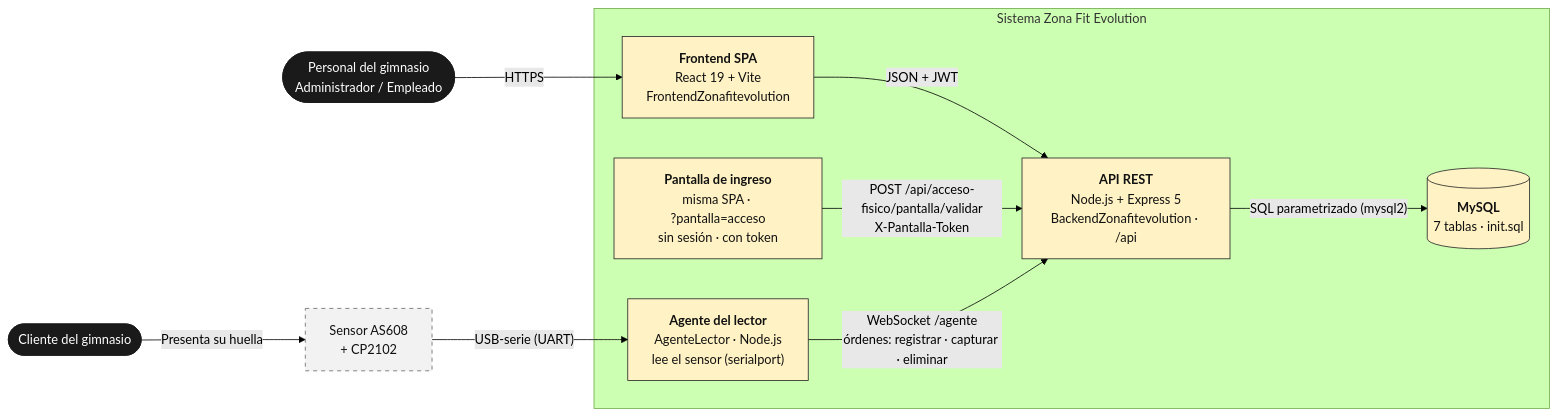
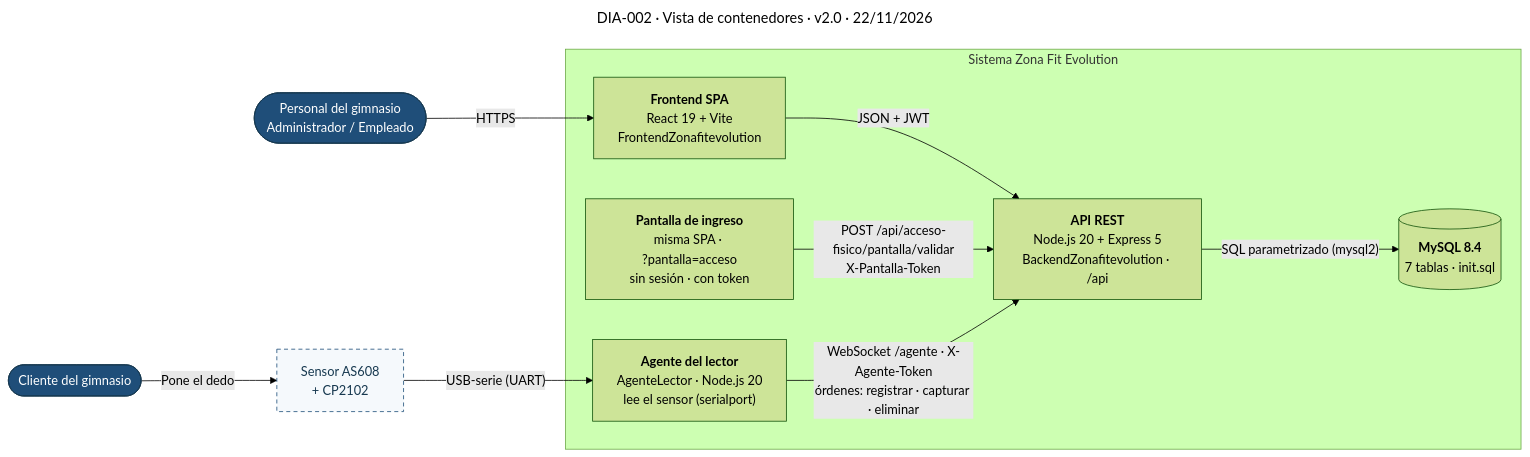
One commit to zonafitevolutionSENA/ZonaFitEvolution03 changed the diagram in docs/diagramas/contenedores.mmd. Above: the diagram before and after it, drawn with Mermaid (forest theme). The commit also changed 65 other files, not shown here.

First line of the commit message:
docs(diagramas): rehacer los diagramas con un solo estilo y ubicarlos según la documentación

```diff
--- a/docs/diagramas/contenedores.mmd
+++ b/docs/diagramas/contenedores.mmd
@@ -1,22 +1,24 @@
-%% DIA-002 · Vista de contenedores (v1.3). Fuente del diagrama de docs/04-arquitectura.md
+---
+title: "DIA-002 · Vista de contenedores · v2.0 · 22/11/2026"
+---
+%% Fuente del diagrama de docs/04-arquitectura.md (sección 6.2)
 flowchart LR
   personal(["Personal del gimnasio<br/>Administrador / Empleado"]):::actor
   socio(["Cliente del gimnasio"]):::actor
   sensor["Sensor AS608<br/>+ CP2102"]:::hw
   subgraph sistema["Sistema Zona Fit Evolution"]
-    spa["<b>Frontend SPA</b><br/>React 19 + Vite<br/>FrontendZonafitevolution"]:::sis
-    ingreso["<b>Pantalla de ingreso</b><br/>misma SPA · <span style='white-space:nowrap'>?pantalla=acceso</span><br/>sin sesión · con token"]:::sis
-    api["<b>API REST</b><br/>Node.js + Express 5<br/>BackendZonafitevolution · /api"]:::sis
-    agente["<b>Agente del lector</b><br/>AgenteLector · Node.js<br/>lee el sensor (serialport)"]:::sis
-    db[("<b>MySQL</b><br/>7 tablas · init.sql")]:::sis
+    spa["<b>Frontend SPA</b><br/>React 19 + Vite<br/>FrontendZonafitevolution"]
+    ingreso["<b>Pantalla de ingreso</b><br/>misma SPA · <span style='white-space:nowrap'>?pantalla=acceso</span><br/>sin sesión · con token"]
+    api["<b>API REST</b><br/>Node.js 20 + Express 5<br/>BackendZonafitevolution · /api"]
+    agente["<b>Agente del lector</b><br/>AgenteLector · Node.js 20<br/>lee el sensor (serialport)"]
+    db[("<b>MySQL 8.4</b><br/>7 tablas · init.sql")]
   end
   personal -- "HTTPS" --> spa
-  socio -- "Presenta su huella" --> sensor
+  socio -- "Pone el dedo" --> sensor
   spa -- "JSON + JWT" --> api
   ingreso -- "POST /api/acceso-fisico/pantalla/validar<br/>X-Pantalla-Token" --> api
   sensor -- "USB-serie (UART)" --> agente
-  agente -- "WebSocket /agente<br/>órdenes: registrar · capturar · eliminar" --> api
+  agente -- "WebSocket /agente · X-Agente-Token<br/>órdenes: registrar · capturar · eliminar" --> api
   api -- "SQL parametrizado (mysql2)" --> db
-  classDef sis fill:#FFF2C4,stroke:#222,stroke-width:1px,color:#111
-  classDef actor fill:#1A1A1A,stroke:#1A1A1A,color:#FFFFFF
-  classDef hw fill:#F2F2F2,stroke:#666,stroke-width:1px,stroke-dasharray:5 5,color:#111
+  classDef actor fill:#1F4E79,stroke:#16384F,color:#FFFFFF
+  classDef hw fill:#F5F9FC,stroke:#1F4E79,stroke-dasharray:5 4,color:#16384F
```
